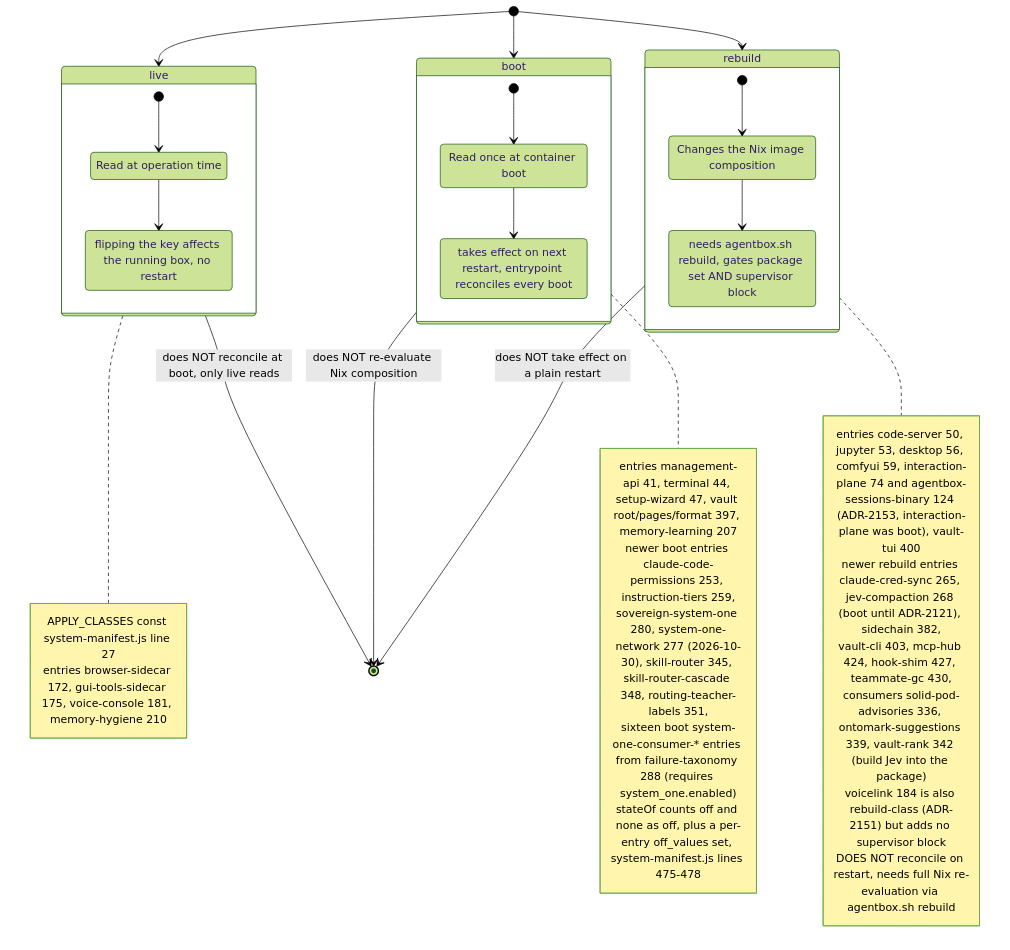
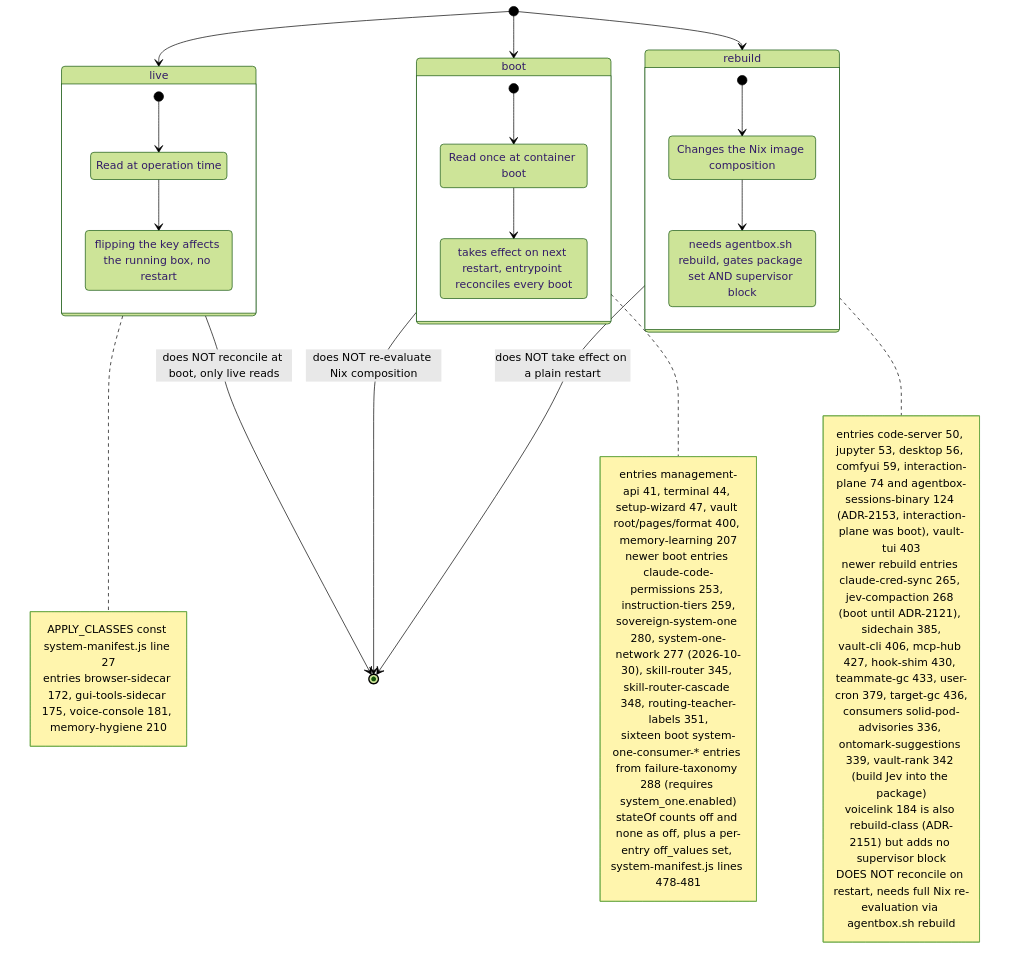
The second of 10 diagrams in docs/diagrams/agentbox/01-nix-flake-composition.md (DreamLab-AI/VisionFlow), drawn with Mermaid (forest theme) before and after one commit. The commit also changed other lines of this file and 173 other files, not shown here.

````diff
--- a/docs/diagrams/agentbox/01-nix-flake-composition.md
+++ b/docs/diagrams/agentbox/01-nix-flake-composition.md
@@ -105,44 +107,44 @@
 ```mermaid
 stateDiagram-v2
     [*] --> live
     [*] --> boot
     [*] --> rebuild
 
     state live {
         [*] --> LiveRead
         LiveRead: Read at operation time
         LiveRead --> LiveEffect
         LiveEffect: flipping the key affects the running box, no restart
     }
     state boot {
         [*] --> BootRead
         BootRead: Read once at container boot
         BootRead --> BootEffect
         BootEffect: takes effect on next restart, entrypoint reconciles every boot
     }
     state rebuild {
         [*] --> RebuildRead
         RebuildRead: Changes the Nix image composition
         RebuildRead --> RebuildEffect
         RebuildEffect: needs agentbox.sh rebuild, gates package set AND supervisor block
     }
 
     note right of live
         APPLY_CLASSES const system-manifest.js line 27
         entries browser-sidecar 172, gui-tools-sidecar 175, voice-console 181, memory-hygiene 210
     end note
     note right of boot
-        entries management-api 41, terminal 44, setup-wizard 47, vault root/pages/format 397, memory-learning 207
+        entries management-api 41, terminal 44, setup-wizard 47, vault root/pages/format 400, memory-learning 207
         newer boot entries claude-code-permissions 253, instruction-tiers 259,<br/>sovereign-system-one 280, system-one-network 277 (2026-10-30), skill-router 345, skill-router-cascade 348, routing-teacher-labels 351,<br/>sixteen boot system-one-consumer-* entries from failure-taxonomy 288 (requires system_one.enabled)
-        stateOf counts off and none as off, plus a per-entry off_values set, system-manifest.js lines 475-478
+        stateOf counts off and none as off, plus a per-entry off_values set, system-manifest.js lines 478-481
     end note
     note right of rebuild
-        entries code-server 50, jupyter 53, desktop 56, comfyui 59, interaction-plane 74 and agentbox-sessions-binary 124 (ADR-2153, interaction-plane was boot), vault-tui 400
-        newer rebuild entries claude-cred-sync 265, jev-compaction 268 (boot until ADR-2121), sidechain 382,<br/>vault-cli 403, mcp-hub 424, hook-shim 427, teammate-gc 430,<br/>consumers solid-pod-advisories 336, ontomark-suggestions 339, vault-rank 342 (build Jev into the package)<br/>voicelink 184 is also rebuild-class (ADR-2151) but adds no supervisor block
+        entries code-server 50, jupyter 53, desktop 56, comfyui 59, interaction-plane 74 and agentbox-sessions-binary 124 (ADR-2153, interaction-plane was boot), vault-tui 403
+        newer rebuild entries claude-cred-sync 265, jev-compaction 268 (boot until ADR-2121), sidechain 385,<br/>vault-cli 406, mcp-hub 427, hook-shim 430, teammate-gc 433, user-cron 379, target-gc 436,<br/>consumers solid-pod-advisories 336, ontomark-suggestions 339, vault-rank 342 (build Jev into the package)<br/>voicelink 184 is also rebuild-class (ADR-2151) but adds no supervisor block
         DOES NOT reconcile on restart, needs full Nix re-evaluation via agentbox.sh rebuild
     end note
 
     live --> [*]: does NOT reconcile at boot, only live reads
     boot --> [*]: does NOT re-evaluate Nix composition
     rebuild --> [*]: does NOT take effect on a plain restart
 ```
````
